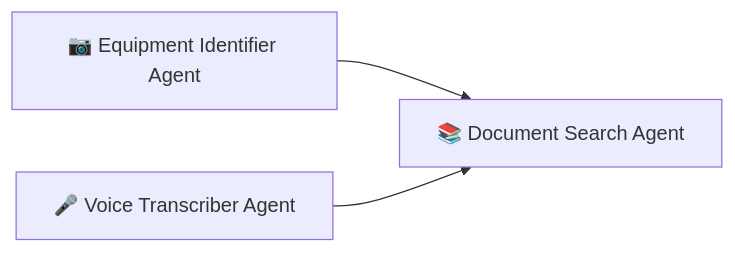
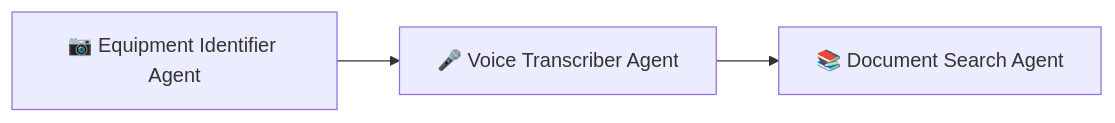
The diagram in README.md (snehadebnath26/SamsungHackathon), drawn with Mermaid before and after one commit.

Commit message:
modify: README.md
Updated flowchart to reflect the new connection to Voice Transcriber Agent.

````diff
--- a/README.md
+++ b/README.md
@@ -10,5 +10,5 @@
 ```mermaid
 flowchart LR
-    A[📷 Equipment Identifier Agent] --> C[📚 Document Search Agent]
+    A[📷 Equipment Identifier Agent] --> B[🎤 Voice Transcriber Agent]
     B[🎤 Voice Transcriber Agent] --> C[📚 Document Search Agent]
 ```
````
